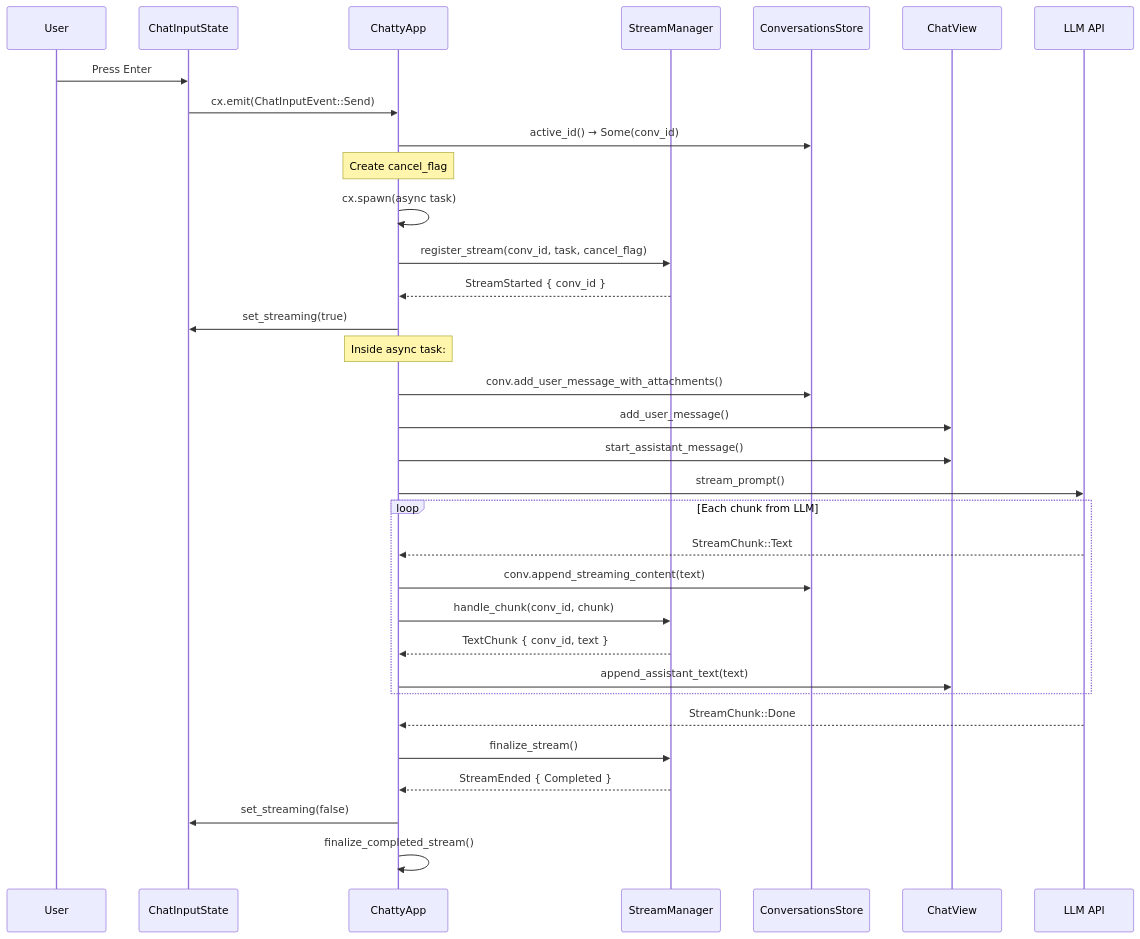
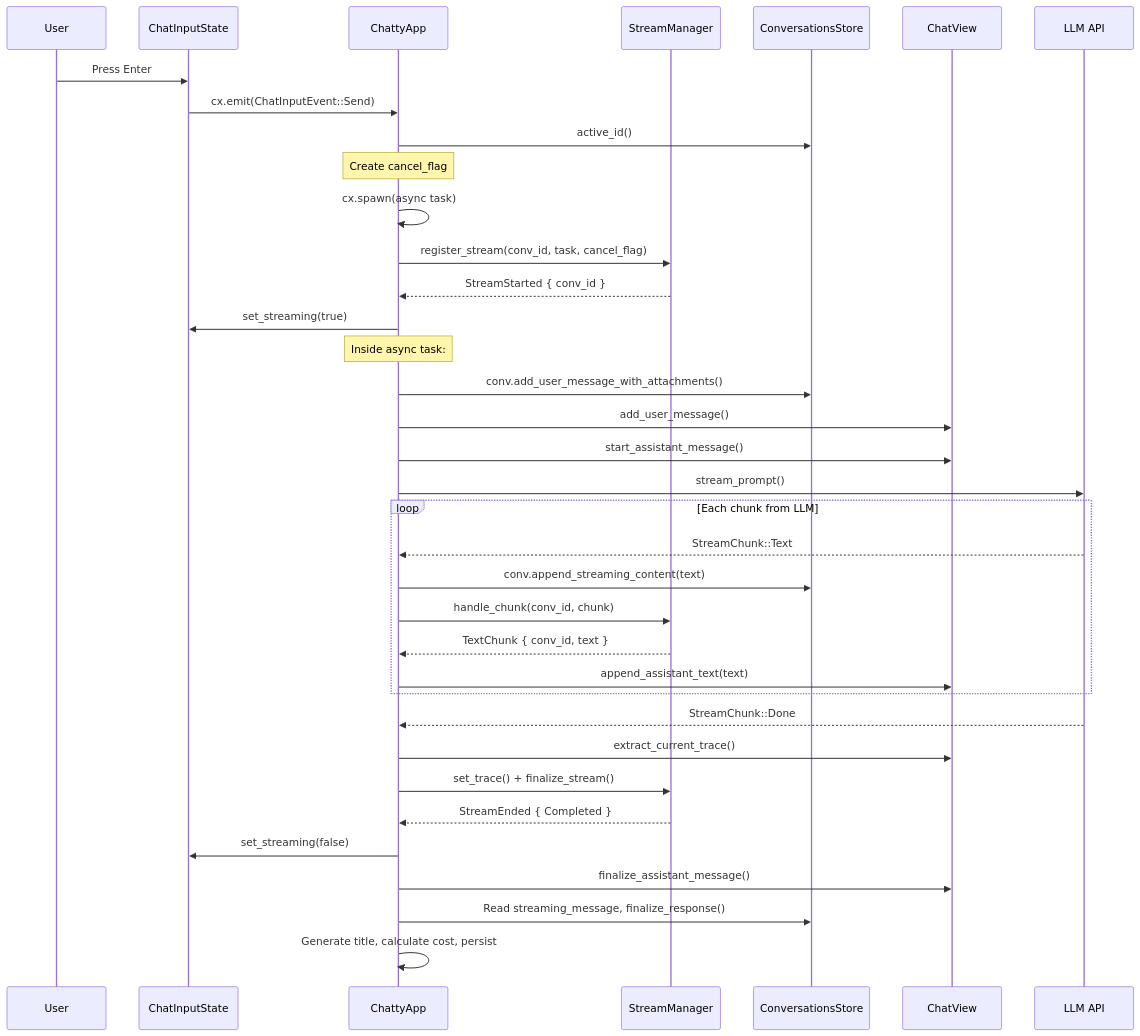
The second of 5 diagrams in docs/stream-manager.md (boersmamarcel/chatty2), drawn with Mermaid before and after one commit. The commit also changed other lines of this file and 12 other files, not shown here.

First line of the commit message:
Merge the architecture cluster and sweep stale facts from explanation pages

````diff
--- a/docs/stream-manager.md
+++ b/docs/stream-manager.md
@@ -155,41 +117,44 @@
 ```mermaid
 sequenceDiagram
     participant U as User
     participant CIS as ChatInputState
     participant CA as ChattyApp
     participant SM as StreamManager
     participant CS as ConversationsStore
     participant CV as ChatView
     participant LLM as LLM API
 
     U->>CIS: Press Enter
     CIS->>CA: cx.emit(ChatInputEvent::Send)
-    CA->>CS: active_id() → Some(conv_id)
+    CA->>CS: active_id()
 
     Note over CA: Create cancel_flag
 
     CA->>CA: cx.spawn(async task)
     CA->>SM: register_stream(conv_id, task, cancel_flag)
     SM-->>CA: StreamStarted { conv_id }
     CA->>CIS: set_streaming(true)
 
     Note over CA: Inside async task:
     CA->>CS: conv.add_user_message_with_attachments()
     CA->>CV: add_user_message()
     CA->>CV: start_assistant_message()
     CA->>LLM: stream_prompt()
 
     loop Each chunk from LLM
         LLM-->>CA: StreamChunk::Text
         CA->>CS: conv.append_streaming_content(text)
         CA->>SM: handle_chunk(conv_id, chunk)
         SM-->>CA: TextChunk { conv_id, text }
         CA->>CV: append_assistant_text(text)
     end
 
     LLM-->>CA: StreamChunk::Done
-    CA->>SM: finalize_stream()
+    CA->>CV: extract_current_trace()
+    CA->>SM: set_trace() + finalize_stream()
     SM-->>CA: StreamEnded { Completed }
     CA->>CIS: set_streaming(false)
-    CA->>CA: finalize_completed_stream()
+    CA->>CV: finalize_assistant_message()
+    CA->>CS: Read streaming_message, finalize_response()
+    CA->>CA: Generate title, calculate cost, persist
 ```
````
